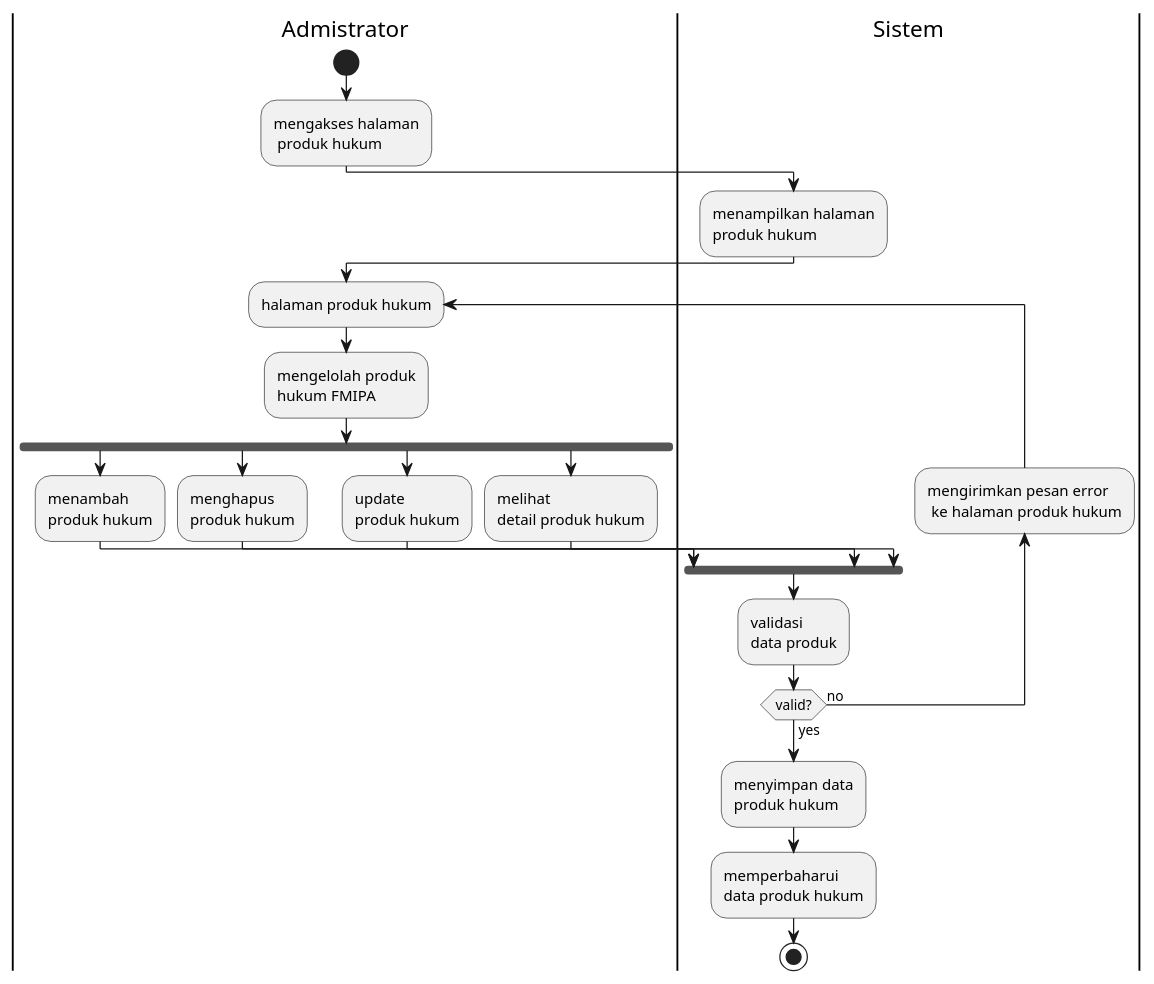
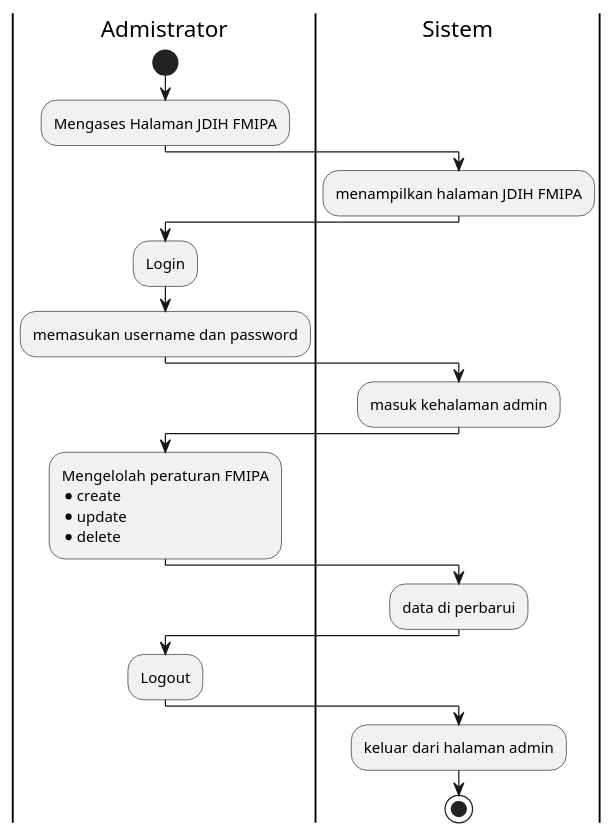
The diagram in Desain Aplikasi/Pembaruan/admin/mengelolahProdukHukum.pu (MIRLANI/JDIH_App_11), drawn with PlantUML before and after one commit. The commit also changed 46 other files, not shown here.

```diff
--- a/Desain Aplikasi/Pembaruan/admin/mengelolahProdukHukum.pu
+++ b/Desain Aplikasi/Pembaruan/admin/mengelolahProdukHukum.pu
@@ -1,38 +1,25 @@
 @startuml
 
 |Admistrator|
 start
-:mengakses halaman
- produk hukum;
+:Mengases Halaman JDIH FMIPA;
 |Sistem|
-:menampilkan halaman 
-produk hukum;
+:menampilkan halaman JDIH FMIPA;
 |Admistrator|
-repeat:halaman produk hukum;
-:mengelolah produk 
-hukum FMIPA;
-fork
-    :menambah 
-    produk hukum;
-fork again
-    :menghapus 
-    produk hukum;
-fork again
-    :update 
-    produk hukum;
-fork again
-    :melihat 
-    detail produk hukum;
-    |Sistem|
-end fork
-:validasi 
-data produk;
- backward :mengirimkan pesan error
-  ke halaman produk hukum;
-repeat  while (valid?) is (no) not (yes)
-:menyimpan data 
-produk hukum;
-:memperbaharui 
-data produk hukum;
+:Login;
+:memasukan username dan password;
+|Sistem|
+:masuk kehalaman admin;
+|Admistrator|
+:Mengelolah peraturan FMIPA
+* create
+* update
+* delete;
+|Sistem|
+:data di perbarui;
+|Admistrator|
+:Logout;
+|Sistem|
+:keluar dari halaman admin;
 stop
 @enduml
```
